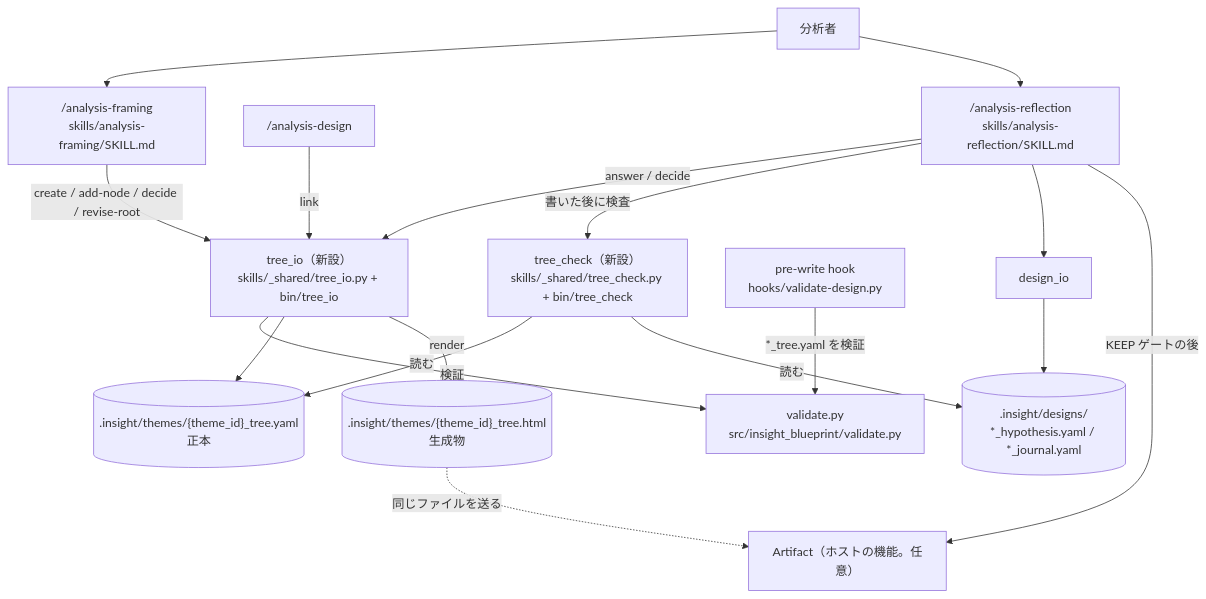
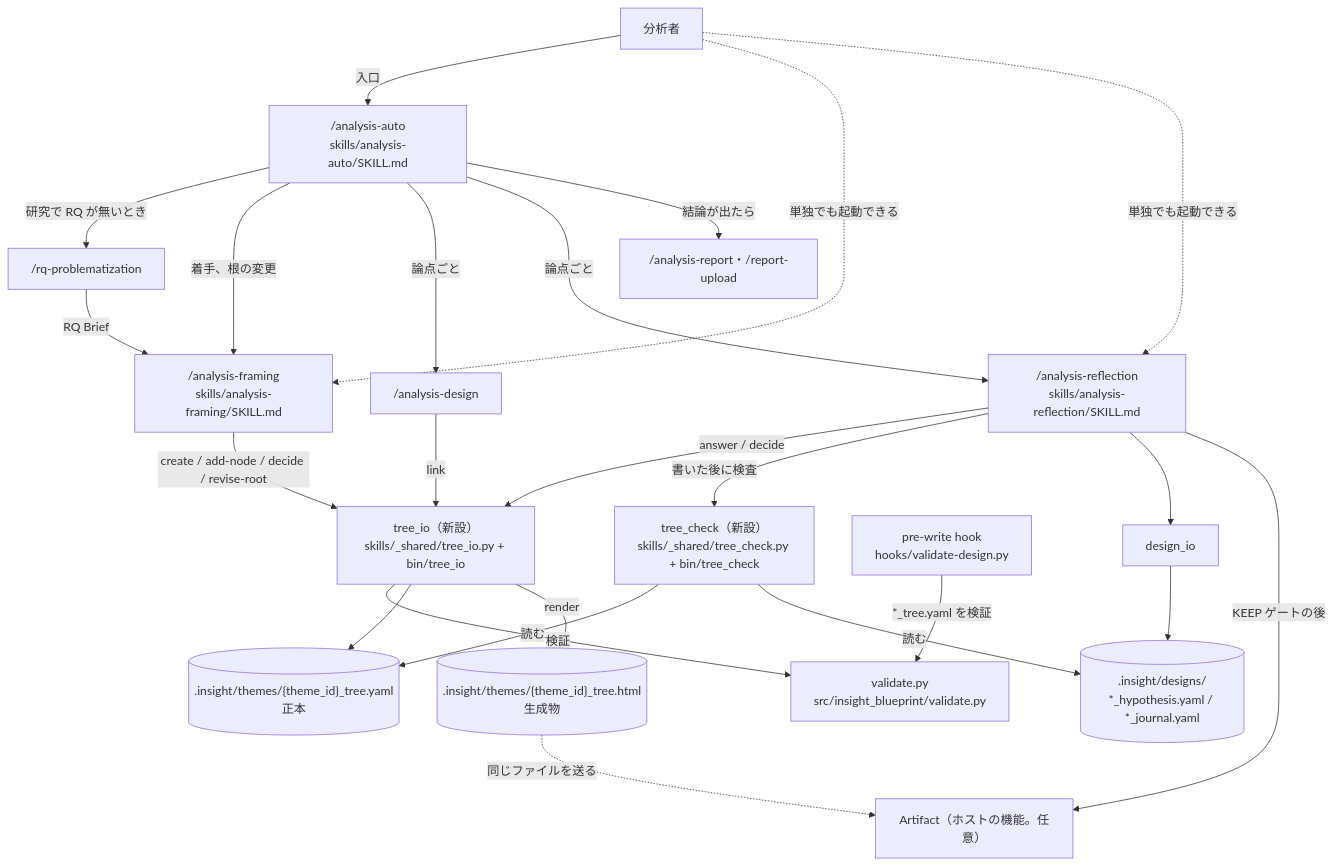
Before and after one commit to etoyama/insight-blueprint-skills: the first of 3 diagrams in docs/design/epic-18-question-tree.md, drawn with Mermaid. The commit also changed other lines of this file and 6 other files, not shown here.

First line of the commit message:
docs(epic-18): 入口を /analysis-auto ひとつにする判断を ADR-0026 と US-8 に書く

````diff
--- a/docs/design/epic-18-question-tree.md
+++ b/docs/design/epic-18-question-tree.md
@@ -151,33 +167,43 @@
 ```mermaid
 flowchart TD
     U[分析者]
+    AUTO["/analysis-auto<br/>skills/analysis-auto/SKILL.md"]
+    RQ["/rq-problematization"]
+    RP["/analysis-report・/report-upload"]
     FR["/analysis-framing<br/>skills/analysis-framing/SKILL.md"]
     DS["/analysis-design"]
     RF["/analysis-reflection<br/>skills/analysis-reflection/SKILL.md"]
     TIO["tree_io（新設）<br/>skills/_shared/tree_io.py + bin/tree_io"]
     TC["tree_check（新設）<br/>skills/_shared/tree_check.py + bin/tree_check"]
     VAL["validate.py<br/>src/insight_blueprint/validate.py"]
     HOOK["pre-write hook<br/>hooks/validate-design.py"]
     DIO["design_io"]
     TREE[(".insight/themes/{theme_id}_tree.yaml<br/>正本")]
     HTML[(".insight/themes/{theme_id}_tree.html<br/>生成物")]
     DES[(".insight/designs/<br/>*_hypothesis.yaml / *_journal.yaml")]
     ART["Artifact（ホストの機能。任意）"]
 
-    U --> FR
-    U --> RF
+    U -->|入口| AUTO
+    AUTO -->|研究で RQ が無いとき| RQ
+    RQ -->|RQ Brief| FR
+    AUTO -->|着手、根の変更| FR
+    AUTO -->|論点ごと| DS
+    AUTO -->|論点ごと| RF
+    AUTO -->|結論が出たら| RP
+    U -.->|単独でも起動できる| FR
+    U -.->|単独でも起動できる| RF
     FR -->|create / add-node / decide / revise-root| TIO
     DS -->|link| TIO
     RF -->|answer / decide| TIO
     RF -->|書いた後に検査| TC
     TIO -->|検証| VAL
     HOOK -->|"*_tree.yaml を検証"| VAL
     TIO --> TREE
     TIO -->|render| HTML
     TC -->|読む| TREE
     TC -->|読む| DES
     RF --> DIO
     DIO --> DES
     RF -->|KEEP ゲートの後| ART
     HTML -.->|同じファイルを送る| ART
 ```
````
